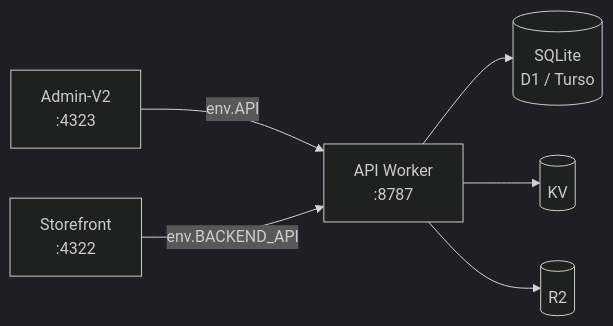
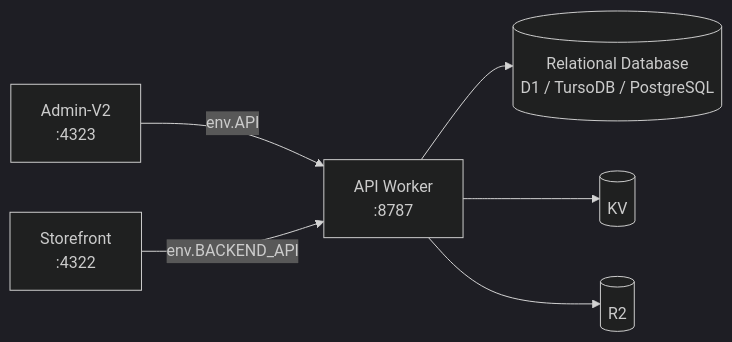
Before and after one commit to scaliuslabs/scalius-commerce-lite: the second of 3 diagrams in README.md, drawn with Mermaid (dark theme). The commit also changed other lines of this file and 146 other files, not shown here.

````diff
--- a/README.md
+++ b/README.md
@@ -149,8 +150,8 @@
 ```mermaid
 graph LR
     A["Admin-V2<br/>:4323"] -->|env.API| C["API Worker<br/>:8787"]
     B["Storefront<br/>:4322"] -->|env.BACKEND_API| C
-    C --> D[(SQLite<br/>D1 / Turso)]
+    C --> D[(Relational Database<br/>D1 / TursoDB / PostgreSQL)]
     C --> E[(KV)]
     C --> F[(R2)]
 ```
````
